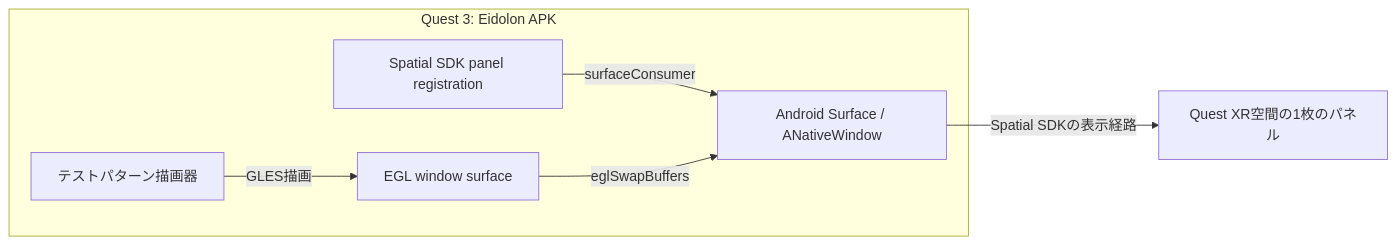
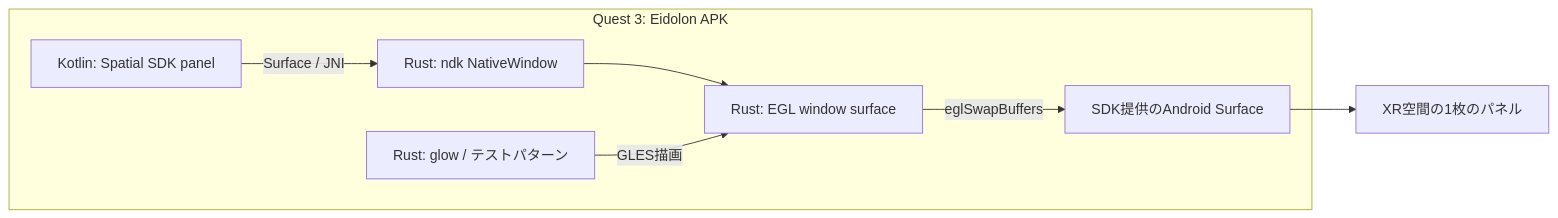
Before and after one commit to tin-machine/eidolon-wayland: the second of 7 diagrams in docs/implementation-plan.md, drawn with Mermaid. The commit also changed other lines of this file and 9 other files, not shown here.

```diff
--- a/docs/implementation-plan.md
+++ b/docs/implementation-plan.md
@@ -69,9 +92,10 @@
 ~~~mermaid
 flowchart LR
-  subgraph APP["Quest 3: Eidolon APK" ]
-    SDK["Spatial SDK panel registration"] -->|"surfaceConsumer"| SURF["Android Surface / ANativeWindow"]
-    PAT["テストパターン描画器"] -->|"GLES描画"| EGL["EGL window surface"]
-    EGL -->|"eglSwapBuffers"| SURF
+  subgraph APP["Quest 3: Eidolon APK"]
+    SDK["Kotlin: Spatial SDK panel"] -->|"Surface / JNI"| N["Rust: ndk NativeWindow"]
+    N --> EGL["Rust: EGL window surface"]
+    PAT["Rust: glow / テストパターン"] -->|"GLES描画"| EGL
+    EGL -->|"eglSwapBuffers"| SURF["SDK提供のAndroid Surface"]
   end
-  SURF -->|"Spatial SDKの表示経路"| XR["Quest XR空間の1枚のパネル"]
+  SURF --> XR["XR空間の1枚のパネル"]
 ~~~
```
